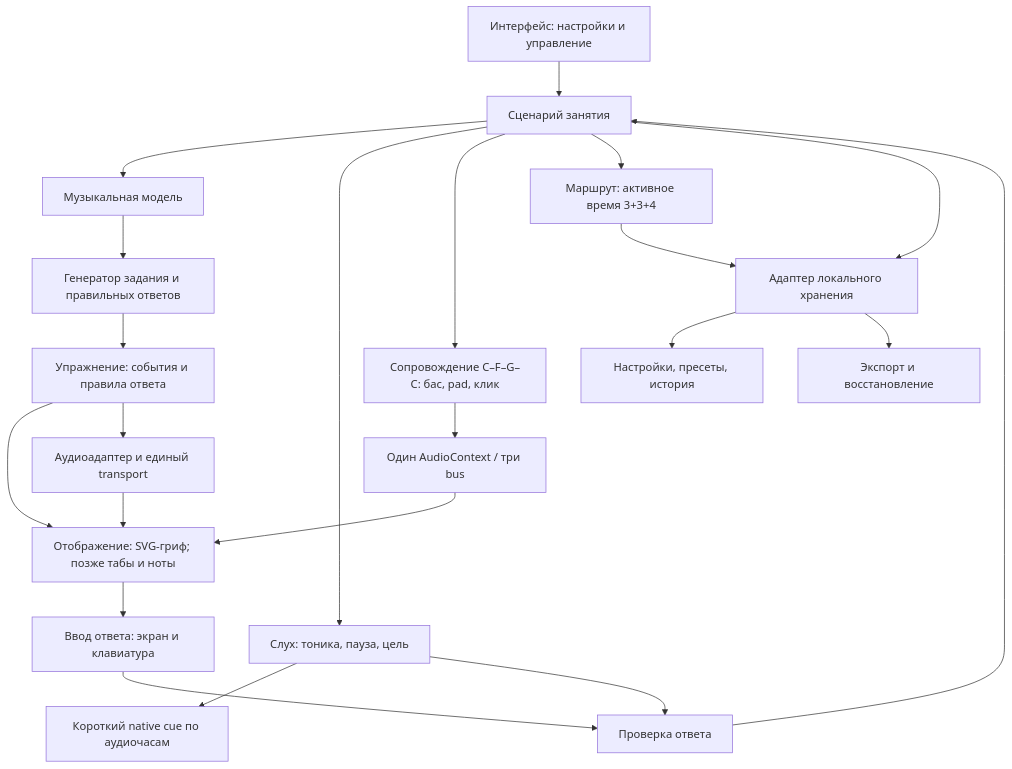
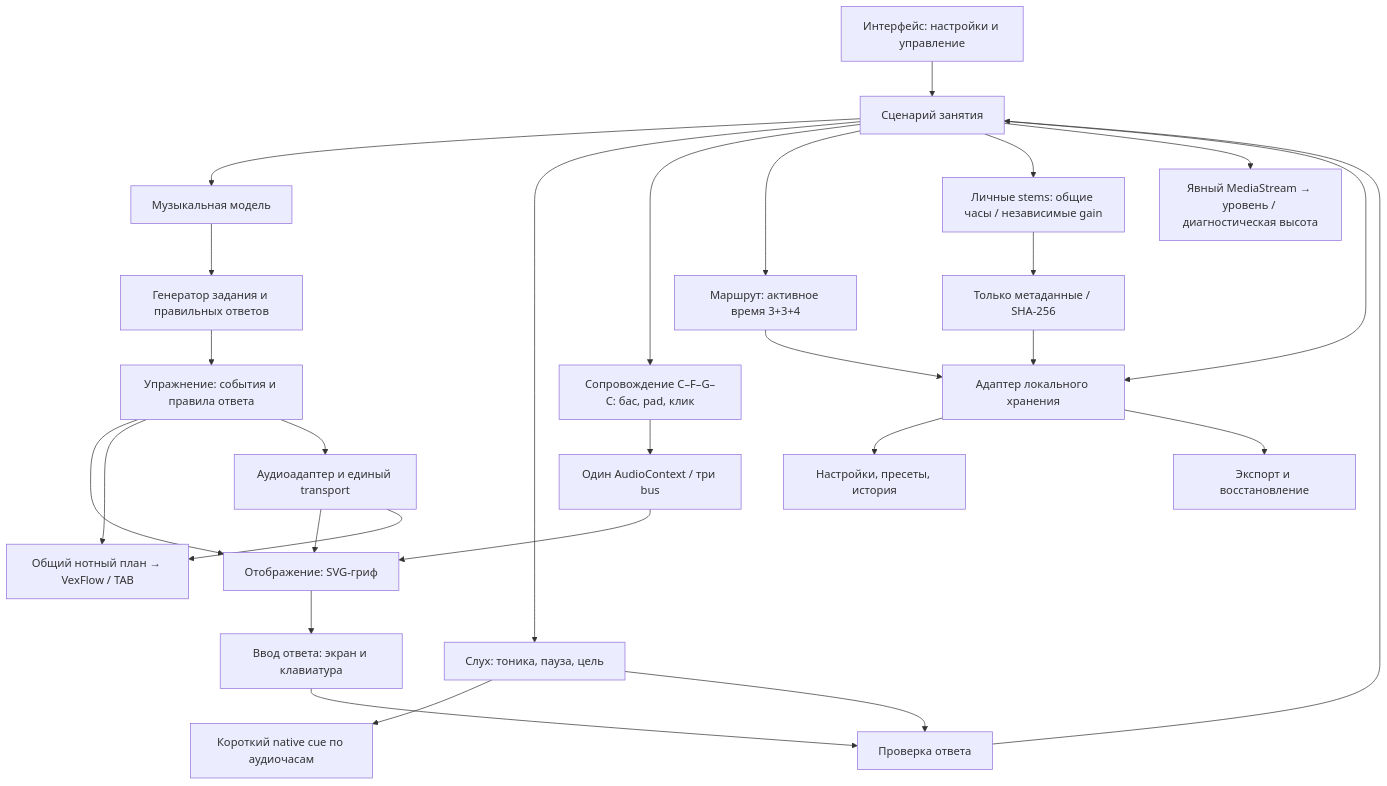
Before and after one commit to fin4cast/bass_study: the diagram in docs/ARCHITECTURE.md, drawn with Mermaid. The commit also changed other lines of this file and 69 other files, not shown here.

Commit message:
feat: add notation, local tracks and input diagnostics

````diff
--- a/docs/ARCHITECTURE.md
+++ b/docs/ARCHITECTURE.md
@@ -27,24 +27,30 @@
 ```mermaid
 flowchart TD
     UI["Интерфейс: настройки и управление"] --> Session["Сценарий занятия"]
     Session --> Domain["Музыкальная модель"]
     Domain --> Generator["Генератор задания и правильных ответов"]
     Generator --> Exercise["Упражнение: события и правила ответа"]
-    Exercise --> View["Отображение: SVG-гриф; позже табы и ноты"]
+    Exercise --> View["Отображение: SVG-гриф"]
+    Exercise --> Notation["Общий нотный план → VexFlow / TAB"]
     Exercise --> Audio["Аудиоадаптер и единый transport"]
     Session --> Ear["Слух: тоника, пауза, цель"]
     Ear --> Cue["Короткий native cue по аудиочасам"]
     Ear --> Evaluator
     Session --> Harmony["Сопровождение C–F–G–C: бас, pad, клик"]
     Harmony --> CommonClock["Один AudioContext / три bus"]
     CommonClock --> View
     Session --> Route["Маршрут: активное время 3+3+4"]
     Audio --> View
+    Audio --> Notation
+    Session --> Tracks["Личные stems: общие часы / независимые gain"]
+    Tracks --> Manifest["Только метаданные / SHA-256"]
+    Manifest --> Storage
+    Session --> Input["Явный MediaStream → уровень / диагностическая высота"]
     View --> Answer["Ввод ответа: экран и клавиатура"]
     Answer --> Evaluator["Проверка ответа"]
     Evaluator --> Session
     Route --> Storage
     Session --> Storage["Адаптер локального хранения"]
     Storage --> History["Настройки, пресеты, история"]
     Storage --> Backup["Экспорт и восстановление"]
 ```
````
